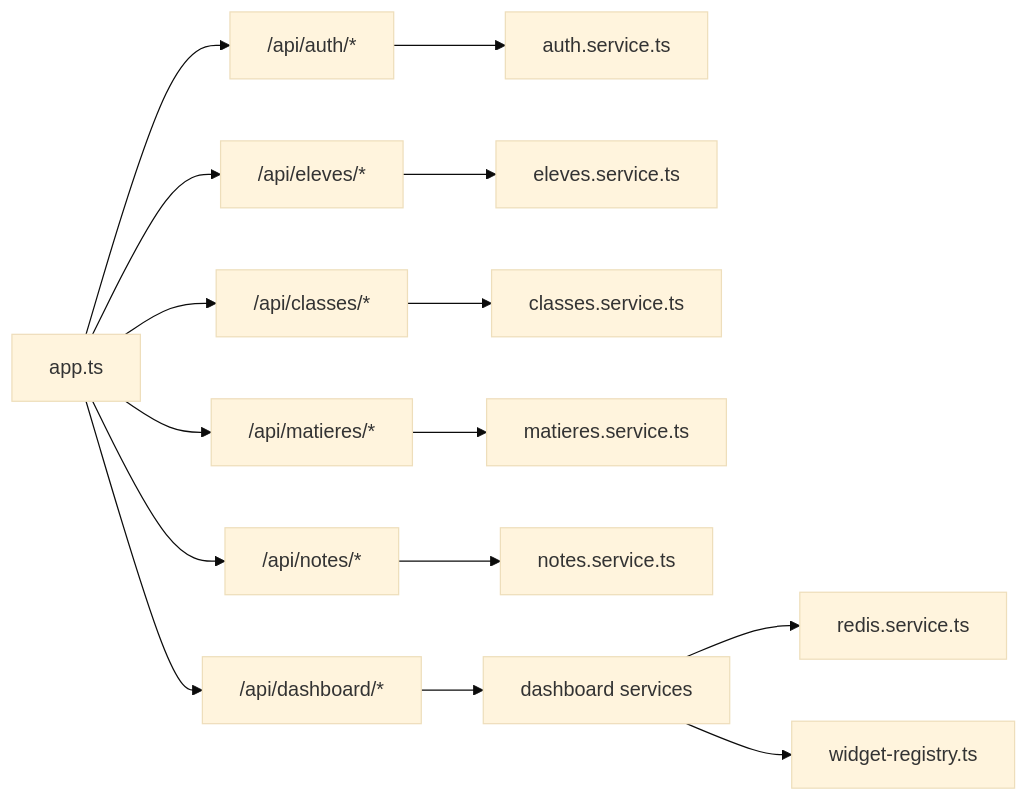
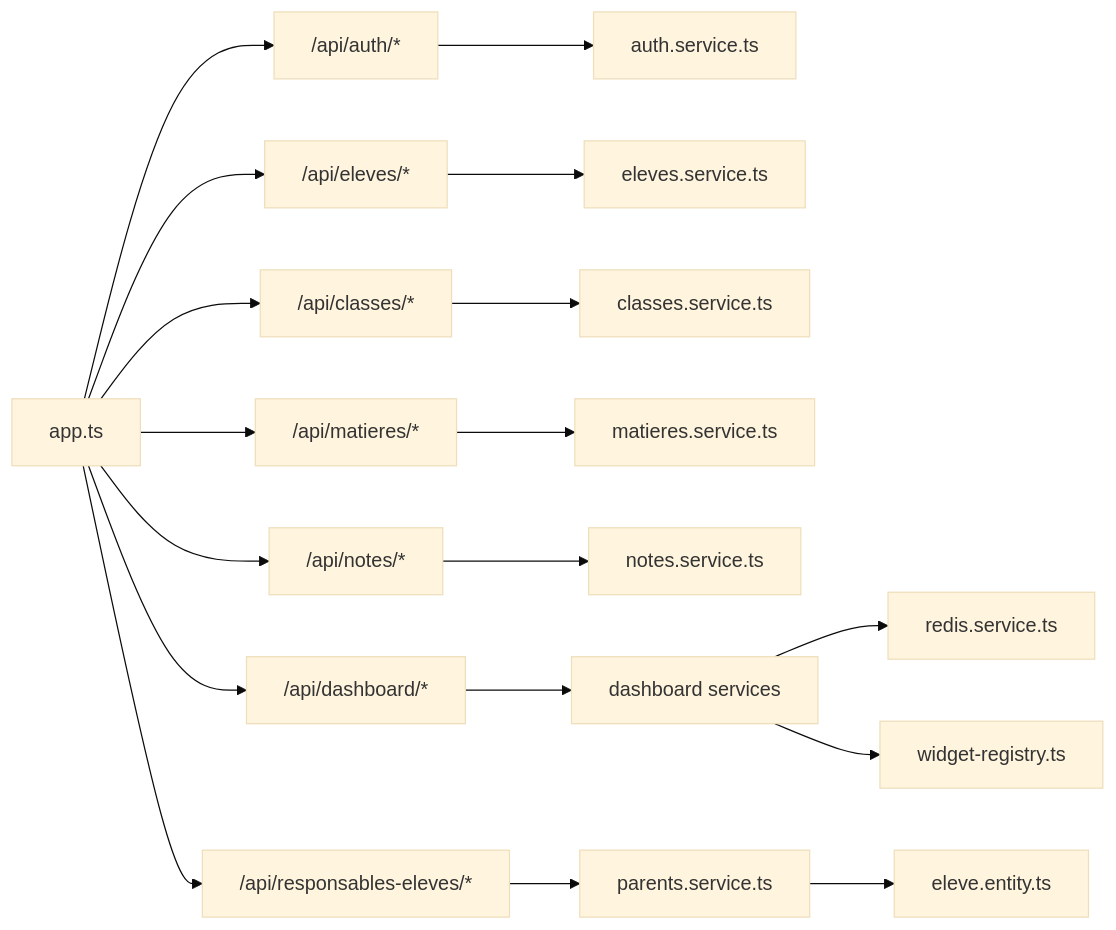
One commit to franckylab/eLISAschool changed the ninth of 9 diagrams in .qoder/repowiki/en/content/Modules & Features/Modules & Features.md. Above: the diagram before and after it, drawn with Mermaid (base theme). The commit also changed other lines of this file and 33 other files, not shown here.

````diff
--- a/.qoder/repowiki/en/content/Modules & Features/Modules & Features.md
+++ b/.qoder/repowiki/en/content/Modules & Features/Modules & Features.md
@@ -466,17 +479,20 @@
 ```mermaid
 graph LR
 App["app.ts"] --> AuthCtrl["/api/auth/*"]
 App --> ElevesCtrl["/api/eleves/*"]
 App --> ClassesCtrl["/api/classes/*"]
 App --> MatieresCtrl["/api/matieres/*"]
 App --> NotesCtrl["/api/notes/*"]
 App --> DashCtrl["/api/dashboard/*"]
+App --> ParentsCtrl["/api/responsables-eleves/*"]
 AuthCtrl --> AuthSvc["auth.service.ts"]
 ElevesCtrl --> ElevesSvc["eleves.service.ts"]
 ClassesCtrl --> ClassesSvc["classes.service.ts"]
 MatieresCtrl --> MatieresSvc["matieres.service.ts"]
 NotesCtrl --> NotesSvc["notes.service.ts"]
 DashCtrl --> DashServices["dashboard services"]
+ParentsCtrl --> ParentsSvc["parents.service.ts"]
 DashServices --> RedisSvc["redis.service.ts"]
 DashServices --> WidgetReg["widget-registry.ts"]
+ParentsSvc --> ElevesEntity["eleve.entity.ts"]
 ```
````
